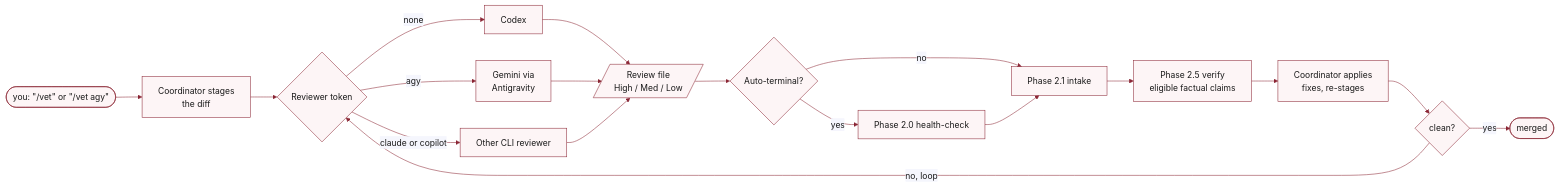
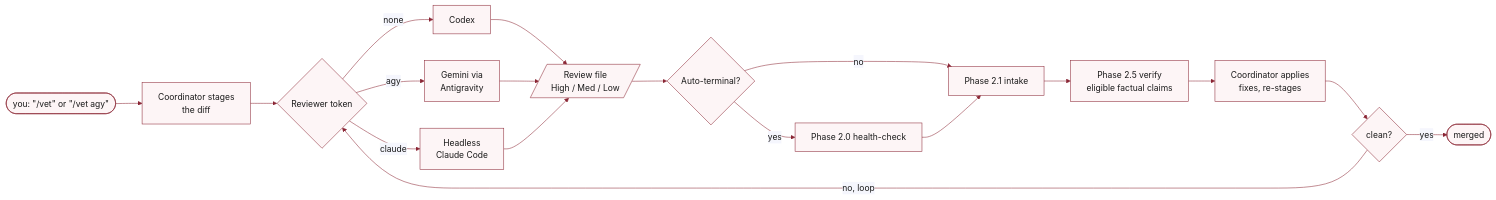
Before and after one commit to yzhao062/anywhere-agents: the diagram in docs/skills/implement-review.md, drawn with Mermaid. The commit also changed other lines of this file and 30 other files, not shown here.

````diff
--- a/docs/skills/implement-review.md
+++ b/docs/skills/implement-review.md
@@ -18,21 +17,21 @@
 ```mermaid
 %%{init: {'theme': 'base', 'themeVariables': { 'primaryColor': '#fdf5f6', 'primaryBorderColor': '#8b2635', 'primaryTextColor': '#1a1a1a', 'lineColor': '#8b2635'}}}%%
 flowchart LR
     A([you: &quot;/vet&quot; or &quot;/vet agy&quot;]) --> B[Coordinator stages<br/>the diff]
     B --> C{Reviewer token}
     C -->|none| CX[Codex]
     C -->|agy| AG[Gemini via<br/>Antigravity]
-    C -->|claude or copilot| OT[Other CLI reviewer]
+    C -->|claude| OT[Headless<br/>Claude Code]
     CX --> D[/Review file<br/>High / Med / Low/]
     AG --> D
     OT --> D
     D --> H{Auto-terminal?}
     H -->|yes| I[Phase 2.0 health-check]
     H -->|no| J[Phase 2.1 intake]
     I --> J
     J --> K[Phase 2.5 verify<br/>eligible factual claims]
     K --> E[Coordinator applies<br/>fixes, re-stages]
     E --> F{clean?}
     F -->|no, loop| C
     F -->|yes| G([merged])
 ```
````
